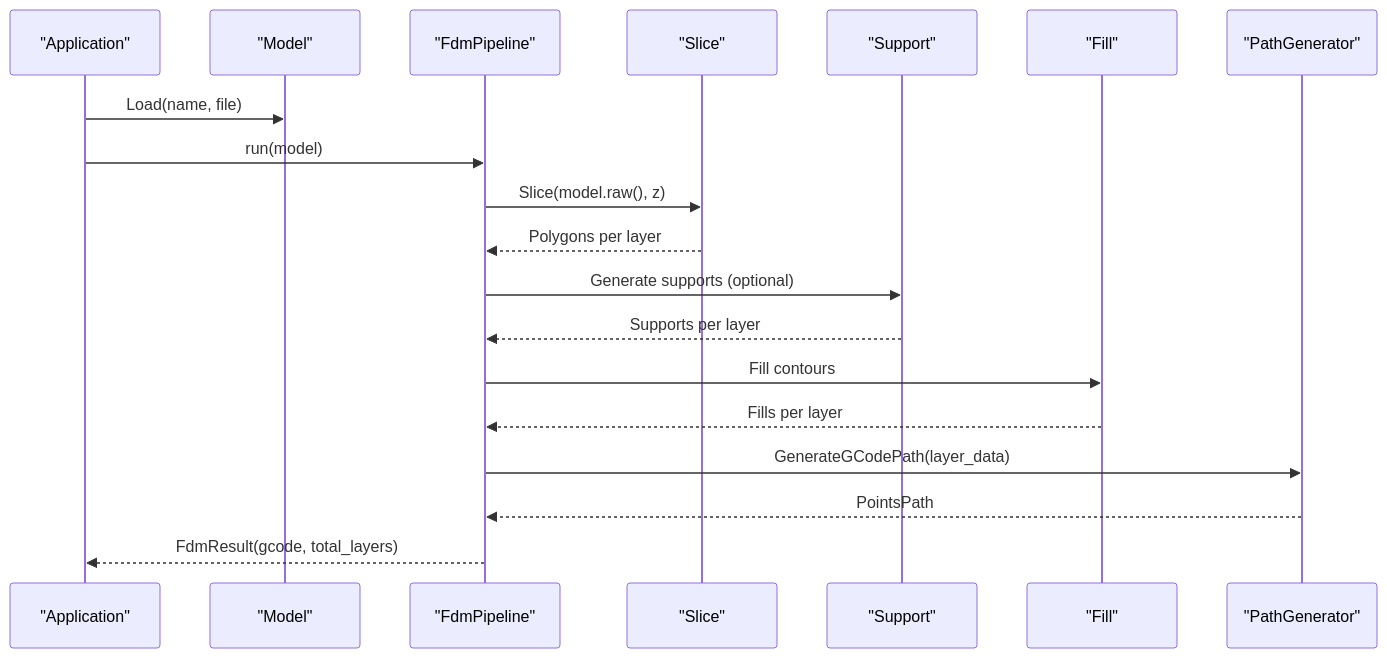
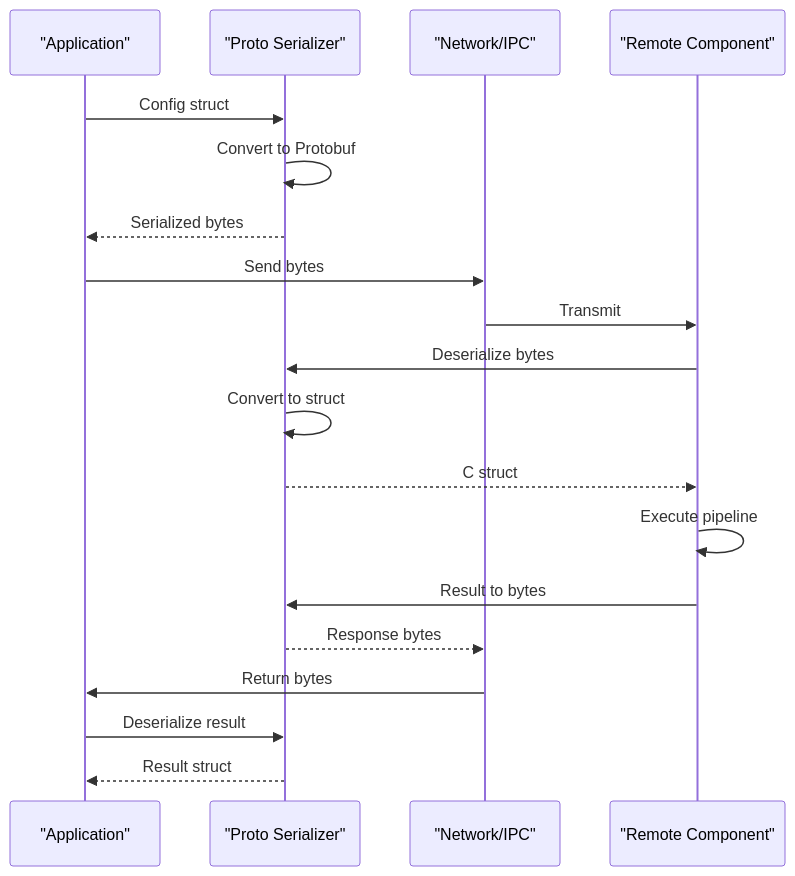
The fourth of 9 diagrams in .qoder/repowiki/en/content/Core Architecture/Pipeline Types Abstraction.md (hsmbanlance/HsBaSlicer), drawn with Mermaid before and after one commit. The commit also changed other lines of this file and 14 other files, not shown here.

````diff
--- a/.qoder/repowiki/en/content/Core Architecture/Pipeline Types Abstraction.md
+++ b/.qoder/repowiki/en/content/Core Architecture/Pipeline Types Abstraction.md
@@ -233,21 +295,21 @@
 ```mermaid
 sequenceDiagram
 participant App as "Application"
-participant Mod as "Model"
-participant Fdmp as "FdmPipeline"
-participant Slice as "Slice"
-participant Sup as "Support"
-participant Fill as "Fill"
-participant Path as "PathGenerator"
-App->>Mod : Load(name, file)
-App->>Fdmp : run(model)
-Fdmp->>Slice : Slice(model.raw(), z)
-Slice-->>Fdmp : Polygons per layer
-Fdmp->>Sup : Generate supports (optional)
-Sup-->>Fdmp : Supports per layer
-Fdmp->>Fill : Fill contours
-Fill-->>Fdmp : Fills per layer
-Fdmp->>Path : GenerateGCodePath(layer_data)
-Path-->>Fdmp : PointsPath
-Fdmp-->>App : FdmResult(gcode, total_layers)
+participant Serializer as "Proto Serializer"
+participant Network as "Network/IPC"
+participant Remote as "Remote Component"
+App->>Serializer : Config struct
+Serializer->>Serializer : Convert to Protobuf
+Serializer-->>App : Serialized bytes
+App->>Network : Send bytes
+Network->>Remote : Transmit
+Remote->>Serializer : Deserialize bytes
+Serializer->>Serializer : Convert to struct
+Serializer-->>Remote : C struct
+Remote->>Remote : Execute pipeline
+Remote->>Serializer : Result to bytes
+Serializer-->>Network : Response bytes
+Network->>App : Return bytes
+App->>Serializer : Deserialize result
+Serializer-->>App : Result struct
 ```
````
